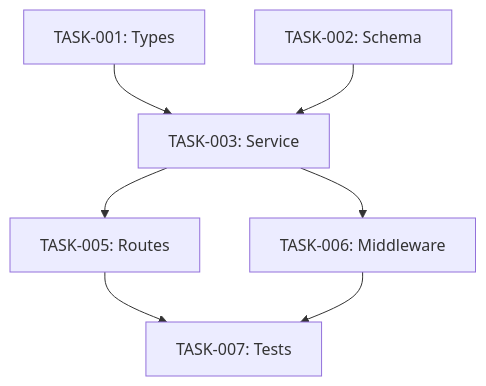
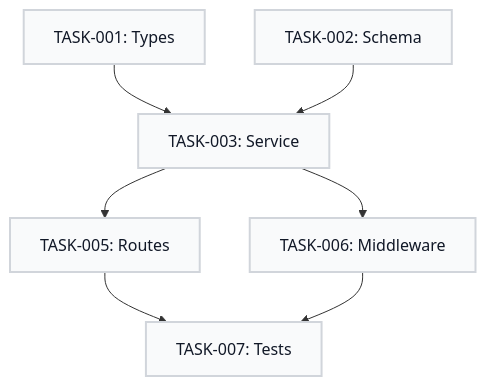
One commit to thedataengineer/mahabharatha changed the diagram in mahabharatha/data/commands/design.core.md. Above: the diagram before and after it, drawn with Mermaid. The commit also changed 770 other files, not shown here.

Commit message:
docs: Global replace of Zerg terminology and apply Mermaid visual best practices

````diff
--- a/mahabharatha/data/commands/design.core.md
+++ b/mahabharatha/data/commands/design.core.md
@@ -579,9 +579,17 @@
 ```mermaid
 graph TD
     T001[TASK-001: Types] --> T003[TASK-003: Service]
     T002[TASK-002: Schema] --> T003
     T003 --> T005[TASK-005: Routes]
     T003 --> T006[TASK-006: Middleware]
     T005 --> T007[TASK-007: Tests]
     T006 --> T007
+
+
+    %% Visual Styles
+    classDef default fill:#F9FAFB,stroke:#D1D5DB,stroke-width:2px,color:#111827;
+    classDef highlight fill:#EFF6FF,stroke:#3B82F6,stroke-width:2px,color:#1D4ED8;
+    classDef success fill:#ECFDF5,stroke:#10B981,stroke-width:2px,color:#047857;
+    classDef warning fill:#FFFBEB,stroke:#F59E0B,stroke-width:2px,color:#B45309;
+    classDef error fill:#FEF2F2,stroke:#EF4444,stroke-width:2px,color:#B91C1C;
 ```
````
